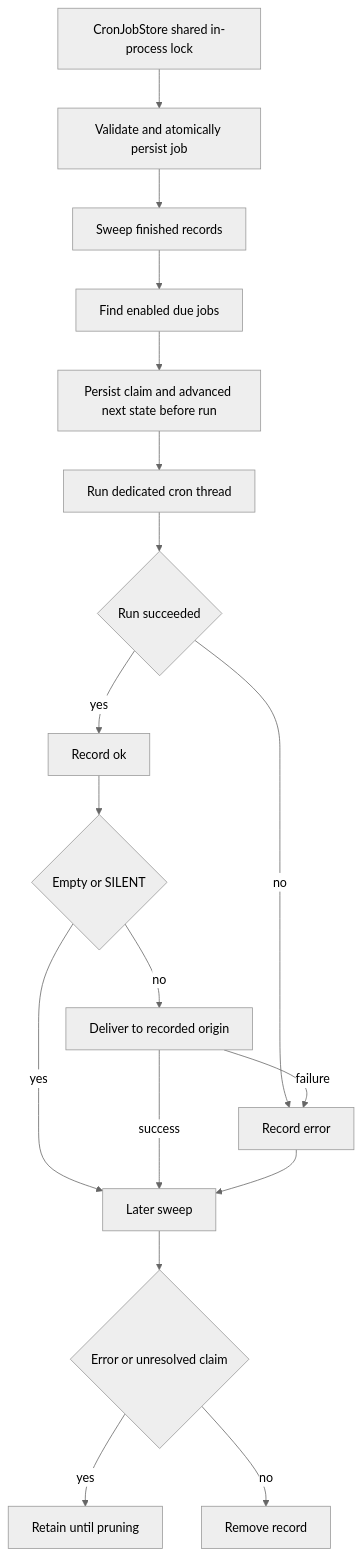
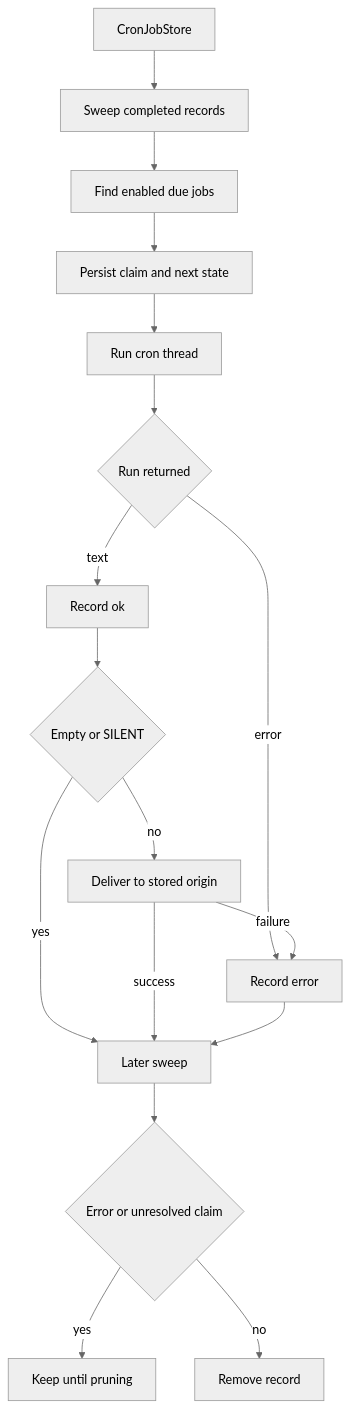
The diagram in openwiki/concepts/talon-scheduling.md (langchain-ai/deepagents), drawn with Mermaid (neutral theme) before and after one commit. The commit also changed other lines of this file and 67 other files, not shown here.

````diff
--- a/openwiki/concepts/talon-scheduling.md
+++ b/openwiki/concepts/talon-scheduling.md
@@ -80,20 +82,19 @@
 ```mermaid
 flowchart TD
-    Store["CronJobStore shared in-process lock"] --> Create["Validate and atomically persist job"]
-    Create --> Sweep["Sweep finished records"]
+    Store["CronJobStore"] --> Sweep["Sweep completed records"]
     Sweep --> Due["Find enabled due jobs"]
-    Due --> Claim["Persist claim and advanced next state before run"]
-    Claim --> Run["Run dedicated cron thread"]
-    Run --> Result{"Run succeeded"}
-    Result -->|"no"| Failed["Record error"]
-    Result -->|"yes"| Ok["Record ok"]
+    Due --> Claim["Persist claim and next state"]
+    Claim --> Run["Run cron thread"]
+    Run --> Outcome{"Run returned"}
+    Outcome -->|"error"| Failed["Record error"]
+    Outcome -->|"text"| Ok["Record ok"]
     Ok --> Quiet{"Empty or SILENT"}
-    Quiet -->|"yes"| Later["Later sweep"]
-    Quiet -->|"no"| Deliver["Deliver to recorded origin"]
+    Quiet -->|"yes"| Retain["Later sweep"]
+    Quiet -->|"no"| Deliver["Deliver to stored origin"]
     Deliver -->|"failure"| Failed
-    Deliver -->|"success"| Later
-    Failed --> Later
-    Later --> Retain{"Error or unresolved claim"}
-    Retain -->|"yes"| Keep["Retain until pruning"]
-    Retain -->|"no"| Delete["Remove record"]
+    Deliver -->|"success"| Retain
+    Failed --> Retain
+    Retain --> Inspect{"Error or unresolved claim"}
+    Inspect -->|"yes"| Keep["Keep until pruning"]
+    Inspect -->|"no"| Remove["Remove record"]
 ```
````
